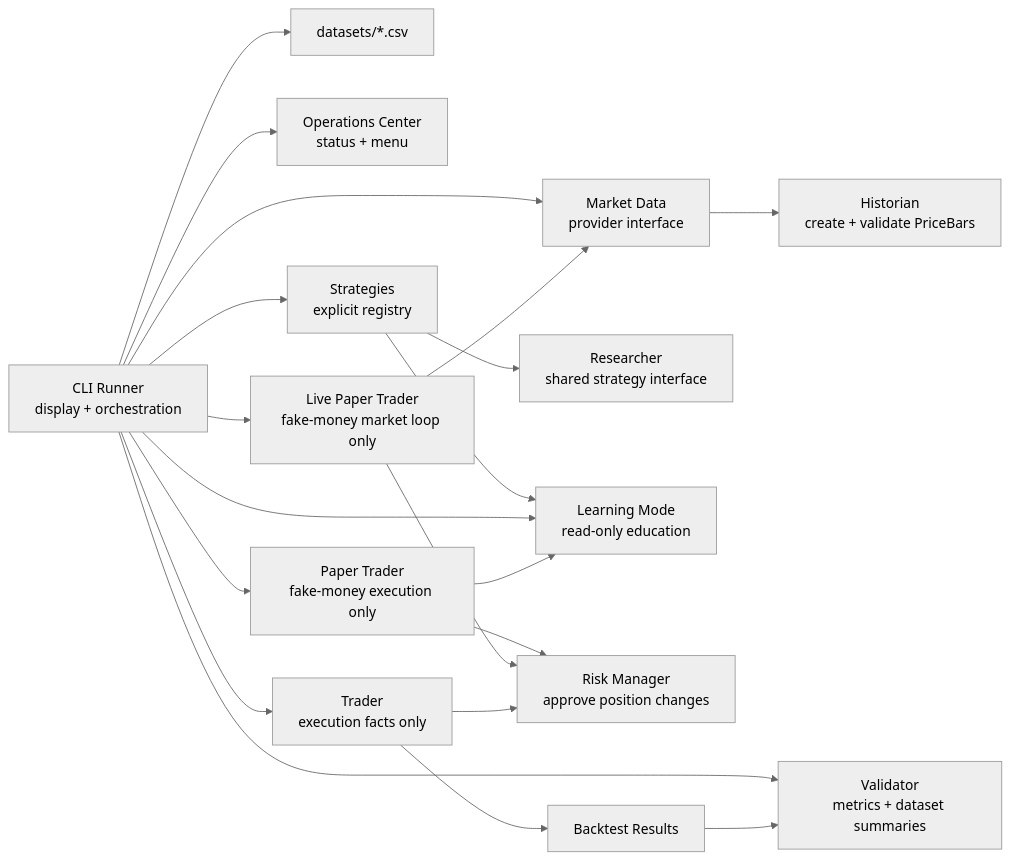
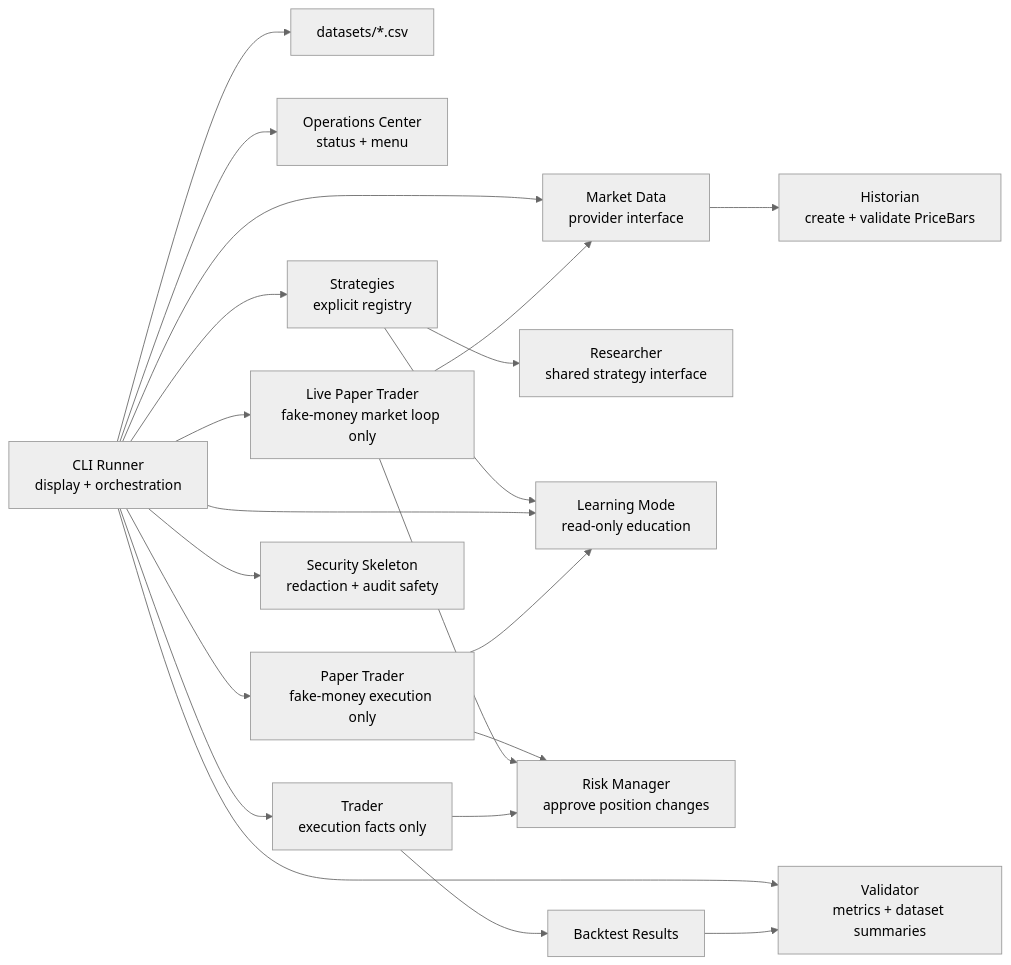
One commit to lumenXV/PTB-1 changed the diagram in README.md. Above: the diagram before and after it, drawn with Mermaid (neutral theme). The commit also changed other lines of this file and 5 other files, not shown here.

Commit message:
Add security skeleton

````diff
--- a/README.md
+++ b/README.md
@@ -93,22 +108,23 @@
 ```mermaid
 flowchart LR
     CLI --> DatasetFiles["datasets/*.csv"]
     CLI["CLI Runner\ndisplay + orchestration"] --> Operations["Operations Center\nstatus + menu"]
     CLI["CLI Runner\ndisplay + orchestration"] --> MarketData["Market Data\nprovider interface"]
     MarketData --> Historian["Historian\ncreate + validate PriceBars"]
     CLI --> Strategies["Strategies\nexplicit registry"]
     Strategies --> Researcher["Researcher\nshared strategy interface"]
     Strategies --> Learning["Learning Mode\nread-only education"]
     CLI --> Learning
     CLI --> Trader["Trader\nexecution facts only"]
     CLI --> Paper["Paper Trader\nfake-money execution only"]
     CLI --> LivePaper["Live Paper Trader\nfake-money market loop only"]
+    CLI --> Security["Security Skeleton\nredaction + audit safety"]
     Paper --> RiskManager
     LivePaper --> RiskManager
     LivePaper --> MarketData
     Paper --> Learning
     Trader --> RiskManager["Risk Manager\napprove position changes"]
     Trader --> ValidatorInput["Backtest Results"]
     CLI --> Validator["Validator\nmetrics + dataset summaries"]
     ValidatorInput --> Validator
 ```
````
